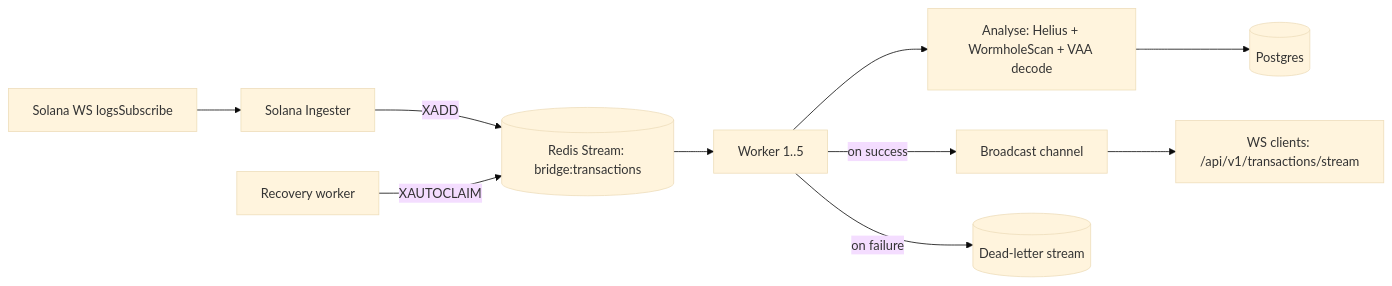
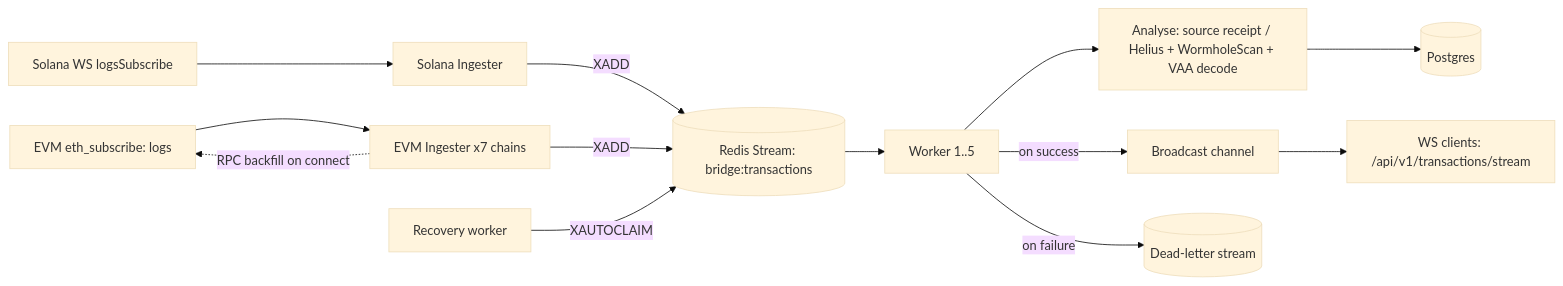
The diagram in README.md (VedantShuklaaa/bridgeIndexer), drawn with Mermaid (base theme) before and after one commit. The commit also changed other lines of this file and 7 other files, not shown here.

````diff
--- a/README.md
+++ b/README.md
@@ -11,12 +13,15 @@
 ```mermaid
 flowchart LR
     SOL[Solana WS logsSubscribe] --> ING[Solana Ingester]
+    EVM[EVM eth_subscribe: logs] --> ING2[EVM Ingester x7 chains]
+    ING2 -.->|RPC backfill on connect| EVM
     ING -->|XADD| STREAM[(Redis Stream: bridge:transactions)]
+    ING2 -->|XADD| STREAM
     STREAM --> W1[Worker 1..5]
-    W1 --> ANALYSE[Analyse: Helius + WormholeScan + VAA decode]
+    W1 --> ANALYSE[Analyse: source receipt / Helius + WormholeScan + VAA decode]
     ANALYSE --> DB[(Postgres)]
     W1 -->|on success| BCAST[Broadcast channel]
     BCAST --> WS[WS clients: /api/v1/transactions/stream]
     W1 -->|on failure| DLQ[(Dead-letter stream)]
     RECOVERY[Recovery worker] -->|XAUTOCLAIM| STREAM
 ```
````
